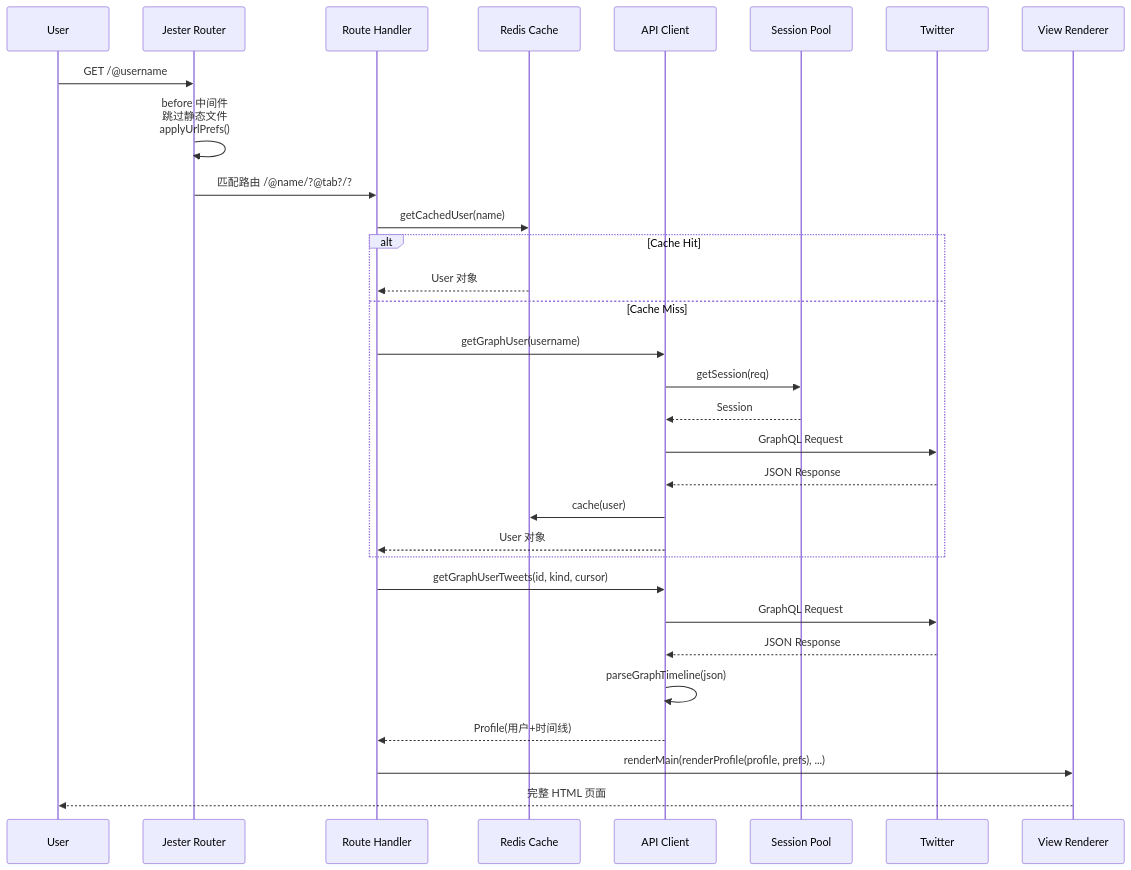
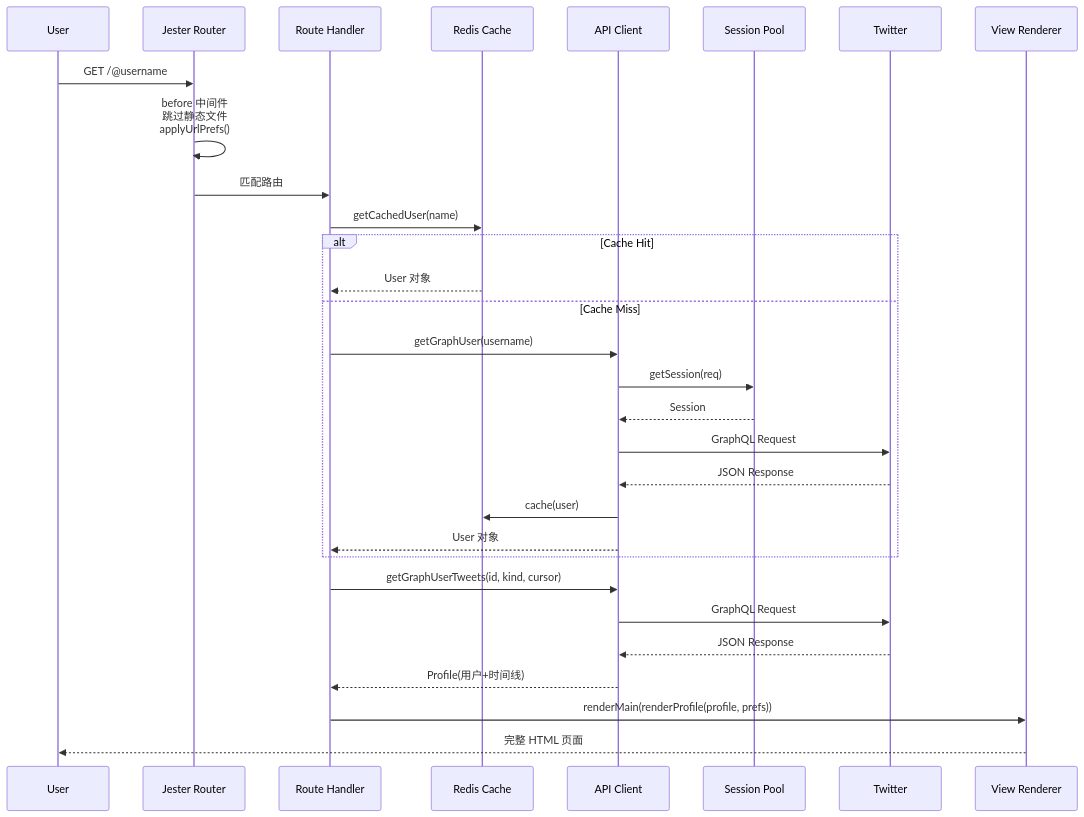
One commit to wangbinyq/opensource-arch changed the second of 2 diagrams in analyses/nitter/README.md. Above: the diagram before and after it, drawn with Mermaid. The commit also changed other lines of this file and 8 other files, not shown here.

````diff
--- a/analyses/nitter/README.md
+++ b/analyses/nitter/README.md
@@ -332,37 +127,36 @@
 ```mermaid
 sequenceDiagram
     participant User
     participant Jester as Jester Router
     participant Route as Route Handler
     participant Cache as Redis Cache
     participant API as API Client
     participant Auth as Session Pool
     participant Twitter
     participant View as View Renderer
 
     User->>Jester: GET /@username
     Jester->>Jester: before 中间件<br/>跳过静态文件<br/>applyUrlPrefs()
-    Jester->>Route: 匹配路由 /@name/?@tab?/?
+    Jester->>Route: 匹配路由
 
     Route->>Cache: getCachedUser(name)
     alt Cache Hit
         Cache-->>Route: User 对象
     else Cache Miss
         Route->>API: getGraphUser(username)
         API->>Auth: getSession(req)
         Auth-->>API: Session
         API->>Twitter: GraphQL Request
         Twitter-->>API: JSON Response
         API->>Cache: cache(user)
         API-->>Route: User 对象
     end
 
     Route->>API: getGraphUserTweets(id, kind, cursor)
     API->>Twitter: GraphQL Request
     Twitter-->>API: JSON Response
-    API->>API: parseGraphTimeline(json)
     API-->>Route: Profile(用户+时间线)
 
-    Route->>View: renderMain(renderProfile(profile, prefs), ...)
+    Route->>View: renderMain(renderProfile(profile, prefs))
     View-->>User: 完整 HTML 页面
 ```
````
